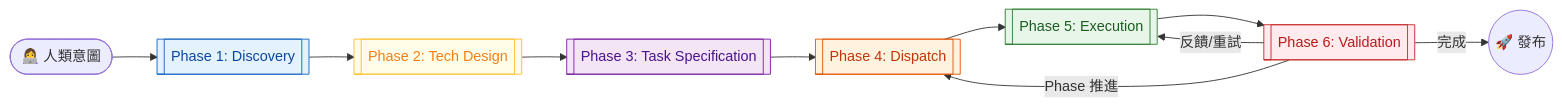
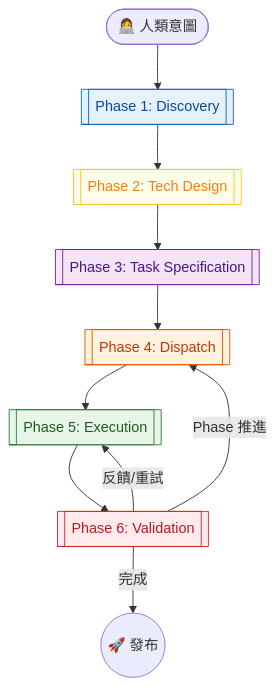
The first of 4 diagrams in docs/FACTORY_WORKFLOW.qmd (tibame201020/app-generator), drawn with Mermaid before and after one commit.

Commit message:
docs: chagne factory workflow mermaid diagram orientation to TD

````diff
--- a/docs/FACTORY_WORKFLOW.qmd
+++ b/docs/FACTORY_WORKFLOW.qmd
@@ -18,19 +18,19 @@
 ```{mermaid}
-graph LR
+graph TD
     User([👩‍💻 人類意圖]) --> P1[[Phase 1: Discovery]]
     P1 --> P2[[Phase 2: Tech Design]]
     P2 --> P3[[Phase 3: Task Specification]]
     P3 --> P4[[Phase 4: Dispatch]]
     P4 --> P5[[Phase 5: Execution]]
     P5 --> P6[[Phase 6: Validation]]
     P6 -- "反饋/重試" --> P5
     P6 -- "Phase 推進" --> P4
     P6 -- "完成" --> Done((🚀 發布))
 
     style P1 fill:#e3f2fd,stroke:#1565c0,color:#0d47a1
     style P2 fill:#fffde7,stroke:#fbc02d,color:#f57f17
     style P3 fill:#f3e5f5,stroke:#7b1fa2,color:#4a148c
     style P4 fill:#fff3e0,stroke:#e65100,color:#bf360c
     style P5 fill:#e8f5e9,stroke:#2e7d32,color:#1b5e20
     style P6 fill:#ffebee,stroke:#c62828,color:#b71c1c
 ```
````
